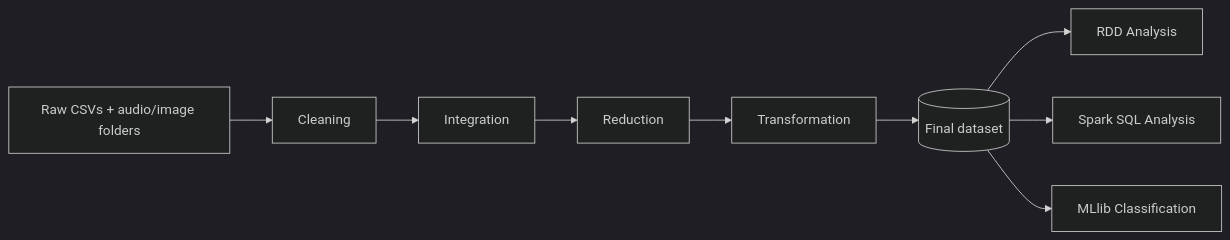
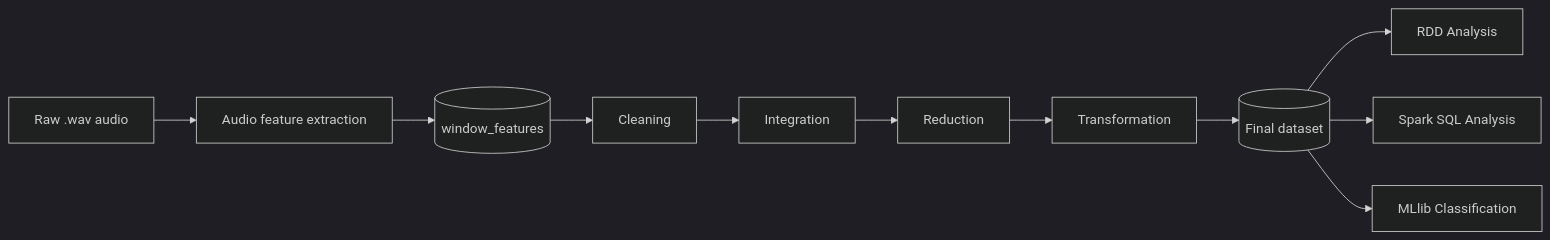
Before and after one commit to leen449/Big-Data-Systems: the diagram in README.md, drawn with Mermaid (dark theme). The commit also changed other lines of this file and 12 other files, not shown here.

````diff
--- a/README.md
+++ b/README.md
@@ -40,11 +40,13 @@
 ```mermaid
 flowchart LR
-    A[Raw CSVs + audio/image folders] --> B[Cleaning]
-    B --> C[Integration]
-    C --> D[Reduction]
-    D --> E[Transformation]
-    E --> F[(Final dataset)]
-    F --> G[RDD Analysis]
-    F --> H[Spark SQL Analysis]
-    F --> I[MLlib Classification]
+    A[Raw .wav audio] --> B[Audio feature extraction]
+    B --> C[(window_features)]
+    C --> D[Cleaning]
+    D --> E[Integration]
+    E --> F[Reduction]
+    F --> G[Transformation]
+    G --> H[(Final dataset)]
+    H --> I[RDD Analysis]
+    H --> J[Spark SQL Analysis]
+    H --> K[MLlib Classification]
 ```
````
